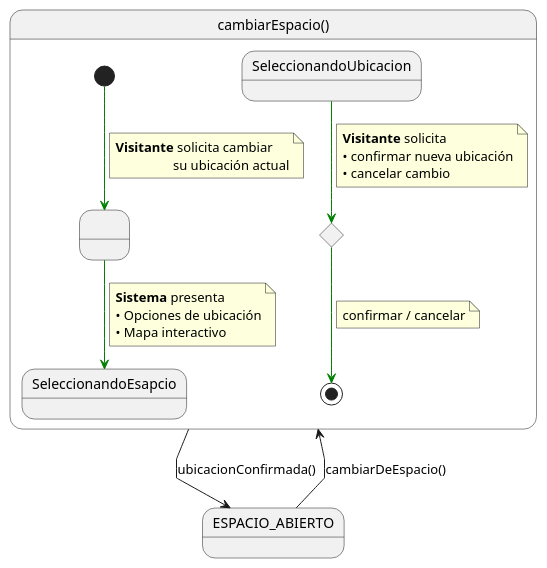
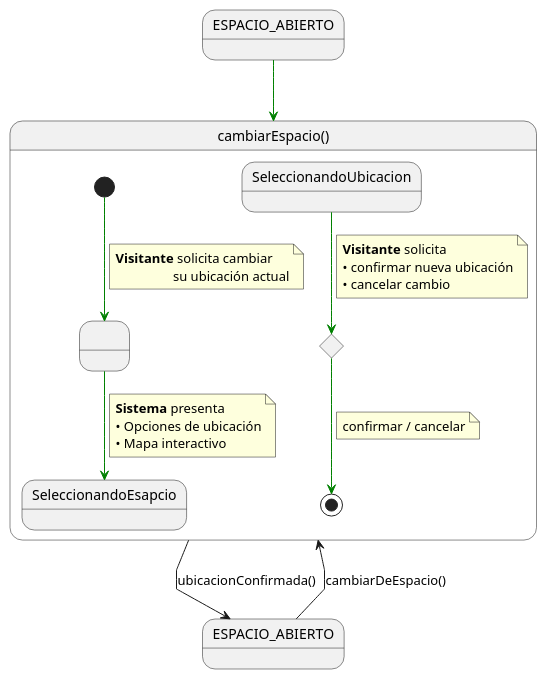
One commit to Camila-Lesly/25-26-idsw1-sdr changed the diagram in documentos/01-casoDeUso/3-DetallarCasosDeUso/1-Visitante/cambiarEspacio/cambiarEspacio.puml. Above: the diagram before and after it, drawn with PlantUML. The commit also changed 22 other files, not shown here.

```diff
--- a/documentos/01-casoDeUso/3-DetallarCasosDeUso/1-Visitante/cambiarEspacio/cambiarEspacio.puml
+++ b/documentos/01-casoDeUso/3-DetallarCasosDeUso/1-Visitante/cambiarEspacio/cambiarEspacio.puml
@@ -1,38 +1,41 @@
 @startuml
 skinparam linetype polyline
+
+state in1 as "ESPACIO_ABIERTO"
+in1 -[#green]-> cambiarEspacio
 
 state cambiarEspacio as "cambiarEspacio()" {
     state " " as SolicitandoCambio
     state SeleccionandoUbicacion
     state c <<choice>>
 
     [*] -[#green]-> SolicitandoCambio 
     note on link
     <b>Visitante</b> solicita cambiar 
                      su ubicación actual
     end note    
     
     SolicitandoCambio -[#green]-> SeleccionandoEsapcio
     note on link
     <b>Sistema</b> presenta
     • Opciones de ubicación
     • Mapa interactivo
     end note
     
     SeleccionandoUbicacion -[#green]-> c 
     note on link
     <b>Visitante</b> solicita
     • confirmar nueva ubicación
     • cancelar cambio
     end note
     
         c -[#green]-> [*]
     note on link
     confirmar / cancelar
     end note
 }
 
 ' ← CONTEXTUALIZADO correctamente:
 ESPACIO_ABIERTO --> cambiarEspacio : cambiarDeEspacio()
 cambiarEspacio --> ESPACIO_ABIERTO : ubicacionConfirmada()
 @enduml
```
